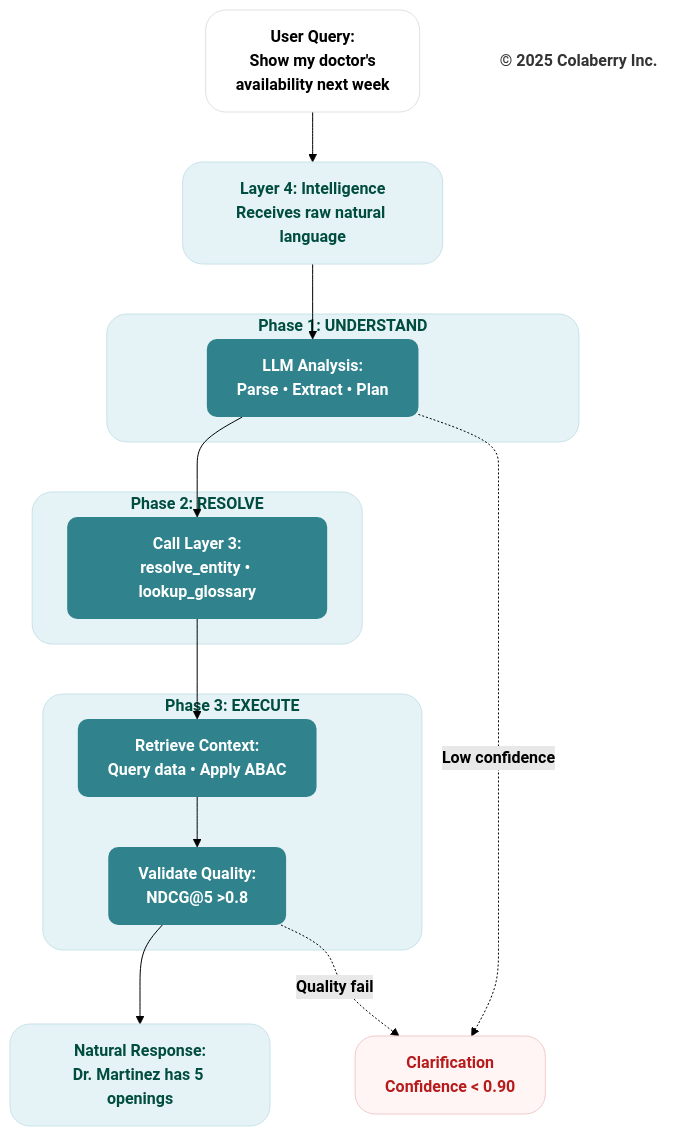
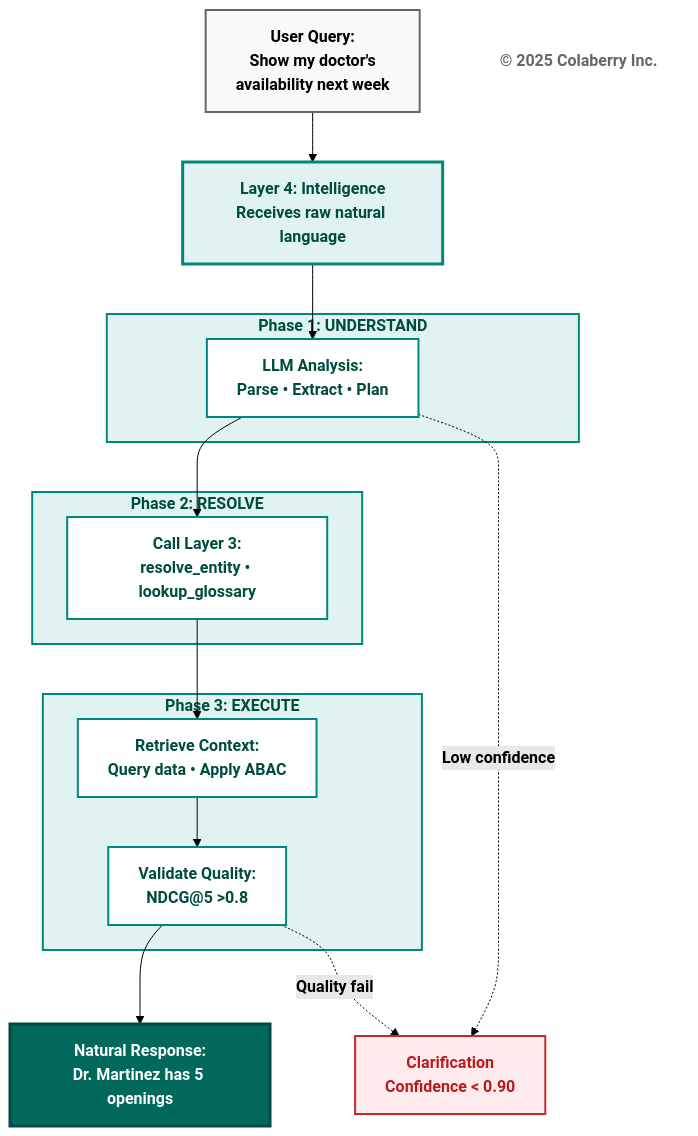
The tenth of 14 diagrams in manuscript/08_chapter_7_goals_framework.md (saitejesh-cyber/trust-before-intelligence-book), drawn with Mermaid (forest theme) before and after one commit. The commit also changed other lines of this file and 12 other files, not shown here.

Commit message:
Restore legacy Mermaid styles for Option 1

````diff
--- a/manuscript/08_chapter_7_goals_framework.md
+++ b/manuscript/08_chapter_7_goals_framework.md
@@ -1149,47 +1149,47 @@
 ```mermaid
 graph TB
     NL["<b>User Query:</b><br/><b>Show my doctor's</b><br/><b>availability next week</b>"]
     
     NL --> L4["<b>Layer 4: Intelligence</b><br/><b>Receives raw natural language</b>"]
     
     subgraph PHASE1["<b>Phase 1: UNDERSTAND</b>"]
         P1["<b>LLM Analysis:</b><br/><b>Parse • Extract • Plan</b>"]
     end
     
     subgraph PHASE2["<b>Phase 2: RESOLVE</b>"]
         P2["<b>Call Layer 3:</b><br/><b>resolve_entity • lookup_glossary</b>"]
     end
     
     subgraph PHASE3["<b>Phase 3: EXECUTE</b>"]
         P3A["<b>Retrieve Context:</b><br/><b>Query data • Apply ABAC</b>"]
         P3B["<b>Validate Quality:</b><br/><b>NDCG@5 >0.8</b>"]
     end
     
     CLARIFY["<b>Clarification</b><br/><b>Confidence < 0.90</b>"]
     
     RESULT["<b>Natural Response:</b><br/><b>Dr. Martinez has 5 openings</b>"]
     
     L4 --> P1
     P1 --> P2
     P2 --> P3A
     P3A --> P3B
     P3B --> RESULT
     
     P1 -.->|<b>Low confidence</b>| CLARIFY
     P3B -.->|<b>Quality fail</b>| CLARIFY
     
-    style L4 fill:#e6f3f6,stroke:#c7e3ea,stroke-width:1px,color:#004d40,rx:20,ry:20
-    style PHASE1 fill:#e6f3f6,stroke:#c7e3ea,stroke-width:1px,color:#004d40,rx:20,ry:20
-    style PHASE2 fill:#e6f3f6,stroke:#c7e3ea,stroke-width:1px,color:#004d40,rx:20,ry:20
-    style PHASE3 fill:#e6f3f6,stroke:#c7e3ea,stroke-width:1px,color:#004d40,rx:20,ry:20
-    style P1 fill:#30838C,stroke:none,color:#ffffff,rx:10,ry:10
-    style P2 fill:#30838C,stroke:none,color:#ffffff,rx:10,ry:10
-    style P3A fill:#30838C,stroke:none,color:#ffffff,rx:10,ry:10
-    style P3B fill:#30838C,stroke:none,color:#ffffff,rx:10,ry:10
-    style RESULT fill:#e6f3f6,stroke:#c7e3ea,stroke-width:1px,color:#004d40,rx:20,ry:20
-    style CLARIFY fill:#fff5f5,stroke:#f2caca,stroke-width:1px,color:#b71c1c,rx:20,ry:20
-    style NL fill:#ffffff,stroke:#e0e0e0,stroke-width:1px,color:#000000,rx:20,ry:20
+    style L4 fill:#e0f2f1,stroke:#00897b,stroke-width:3px,color:#004d40
+    style PHASE1 fill:#e0f2f1,stroke:#00897b,stroke-width:2px,color:#004d40
+    style PHASE2 fill:#e0f2f1,stroke:#00897b,stroke-width:2px,color:#004d40
+    style PHASE3 fill:#e0f2f1,stroke:#00897b,stroke-width:2px,color:#004d40
+    style P1 fill:#ffffff,stroke:#00897b,stroke-width:2px,color:#004d40
+    style P2 fill:#ffffff,stroke:#00897b,stroke-width:2px,color:#004d40
+    style P3A fill:#ffffff,stroke:#00897b,stroke-width:2px,color:#004d40
+    style P3B fill:#ffffff,stroke:#00897b,stroke-width:2px,color:#004d40
+    style RESULT fill:#00695c,color:#ffffff,stroke:#004d40,stroke-width:3px
+    style CLARIFY fill:#ffebee,stroke:#c62828,stroke-width:2px,color:#b71c1c
+    style NL fill:#f9f9f9,stroke:#666666,stroke-width:2px,color:#000000
     
     Copyright["<b>© 2025 Colaberry Inc.</b>"]
-    style Copyright fill:none,stroke:none,color:#333333
+    style Copyright fill:#ffffff,stroke:none,color:#666666
 ```
````
